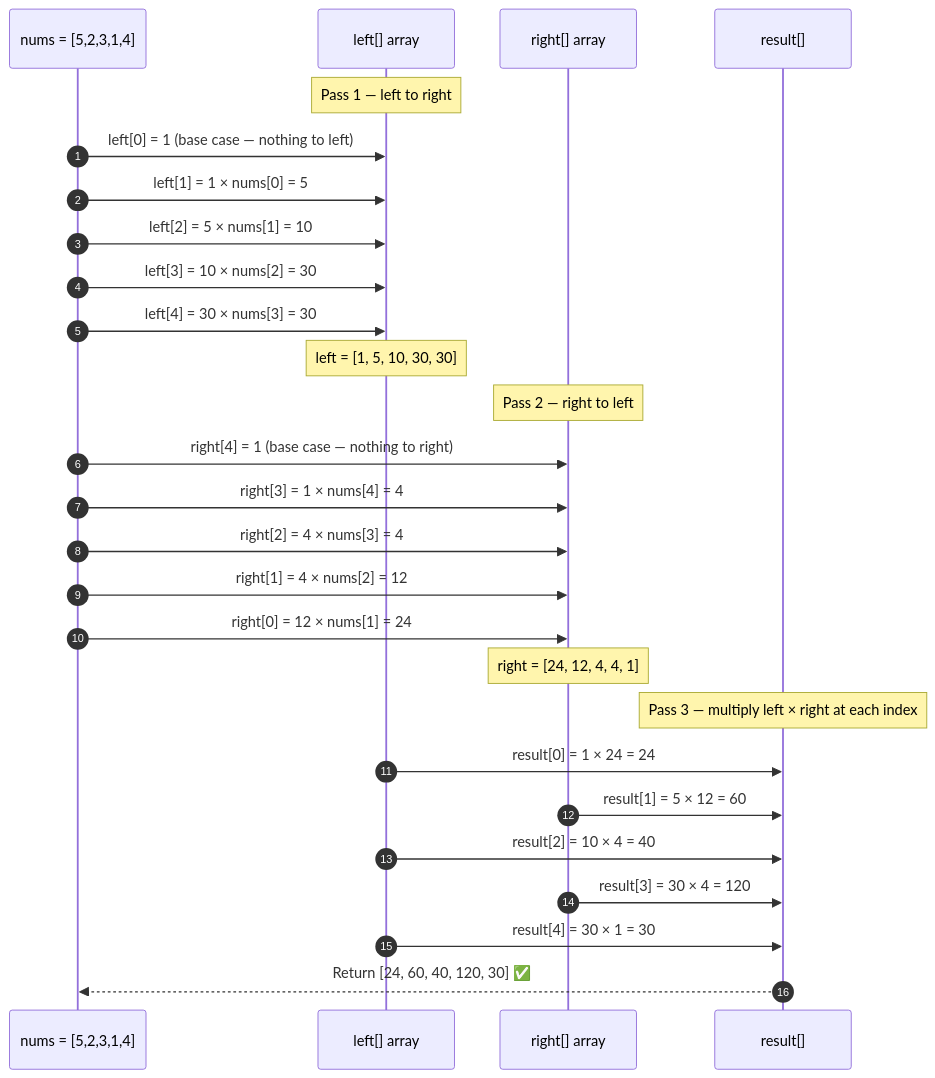
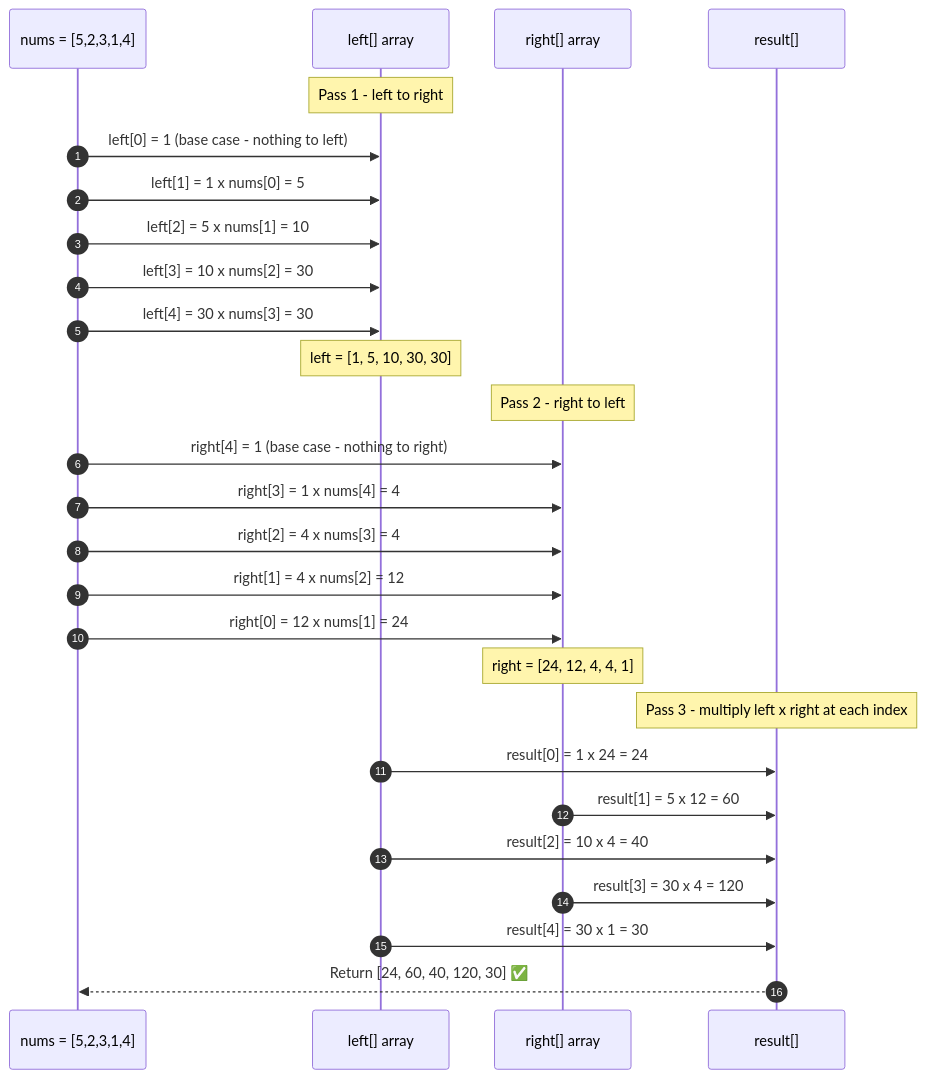
Diagram 12 of 15 in 8 - Product of Array Except Self/README.md (M-F-Tushar/LeetCode-Problem-Solving), drawn with Mermaid before and after one commit. The commit also changed other lines of this file, not shown here.

````diff
--- a/8 - Product of Array Except Self/README.md
+++ b/8 - Product of Array Except Self/README.md
@@ -319,33 +463,33 @@
 ```mermaid
 sequenceDiagram
     autonumber
     participant N as nums = [5,2,3,1,4]
     participant L as left[] array
     participant R as right[] array
     participant ANS as result[]
 
-    Note over L: Pass 1 — left to right
-    N->>L: left[0] = 1 (base case — nothing to left)
-    N->>L: left[1] = 1 × nums[0] = 5
-    N->>L: left[2] = 5 × nums[1] = 10
-    N->>L: left[3] = 10 × nums[2] = 30
-    N->>L: left[4] = 30 × nums[3] = 30
+    Note over L: Pass 1  -  left to right
+    N->>L: left[0] = 1 (base case  -  nothing to left)
+    N->>L: left[1] = 1 x nums[0] = 5
+    N->>L: left[2] = 5 x nums[1] = 10
+    N->>L: left[3] = 10 x nums[2] = 30
+    N->>L: left[4] = 30 x nums[3] = 30
     Note over L: left = [1, 5, 10, 30, 30]
 
-    Note over R: Pass 2 — right to left
-    N->>R: right[4] = 1 (base case — nothing to right)
-    N->>R: right[3] = 1 × nums[4] = 4
-    N->>R: right[2] = 4 × nums[3] = 4
-    N->>R: right[1] = 4 × nums[2] = 12
-    N->>R: right[0] = 12 × nums[1] = 24
+    Note over R: Pass 2  -  right to left
+    N->>R: right[4] = 1 (base case  -  nothing to right)
+    N->>R: right[3] = 1 x nums[4] = 4
+    N->>R: right[2] = 4 x nums[3] = 4
+    N->>R: right[1] = 4 x nums[2] = 12
+    N->>R: right[0] = 12 x nums[1] = 24
     Note over R: right = [24, 12, 4, 4, 1]
 
-    Note over ANS: Pass 3 — multiply left × right at each index
-    L->>ANS: result[0] = 1 × 24 = 24
-    R->>ANS: result[1] = 5 × 12 = 60
-    L->>ANS: result[2] = 10 × 4 = 40
-    R->>ANS: result[3] = 30 × 4 = 120
-    L->>ANS: result[4] = 30 × 1 = 30
+    Note over ANS: Pass 3  -  multiply left x right at each index
+    L->>ANS: result[0] = 1 x 24 = 24
+    R->>ANS: result[1] = 5 x 12 = 60
+    L->>ANS: result[2] = 10 x 4 = 40
+    R->>ANS: result[3] = 30 x 4 = 120
+    L->>ANS: result[4] = 30 x 1 = 30
 
     ANS-->>N: Return [24, 60, 40, 120, 30] ✅
 ```
````
